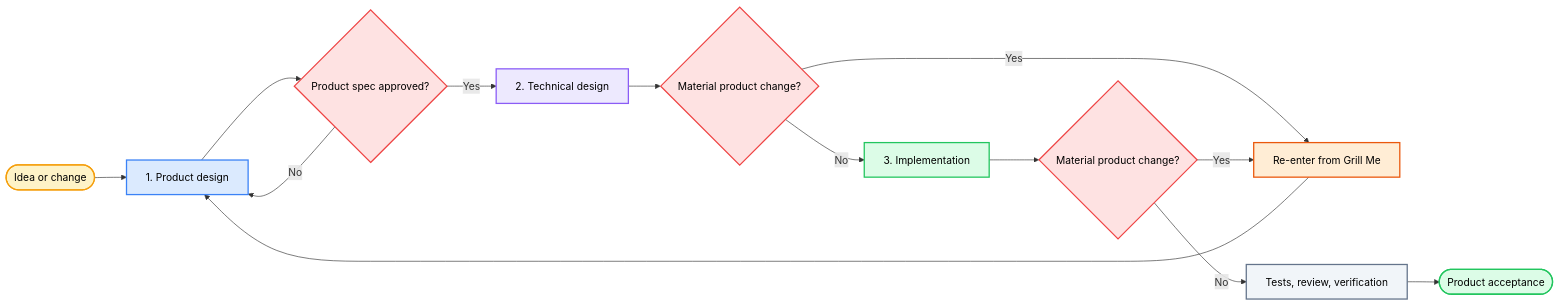
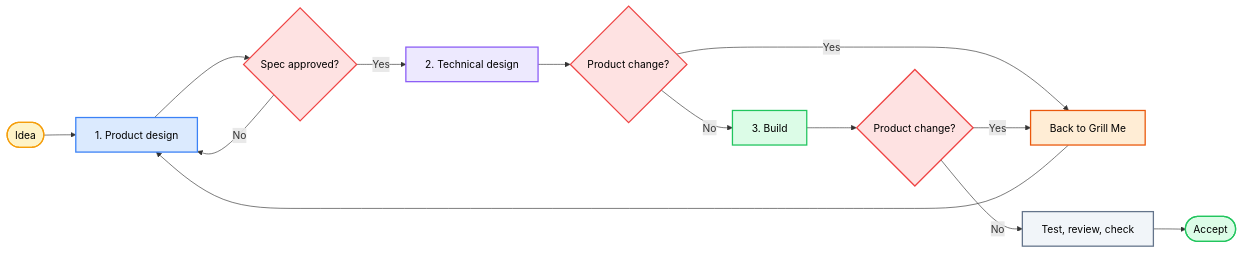
The diagram in README.md (okht/grill-powers), drawn with Mermaid before and after one commit. The commit also changed other lines of this file and 1 other file, not shown here.

````diff
--- a/README.md
+++ b/README.md
@@ -131,26 +72,26 @@
 ```mermaid
 flowchart LR
-    I(["Idea or change"]) --> P["1. Product design"]
-    P --> S{"Product spec approved?"}
+    I(["Idea"]) --> P["1. Product design"]
+    P --> S{"Spec approved?"}
     S -- "No" --> P
     S -- "Yes" --> T["2. Technical design"]
-    T --> C{"Material product change?"}
-    C -- "Yes" --> R["Re-enter from Grill Me"]
+    T --> C{"Product change?"}
+    C -- "Yes" --> R["Back to Grill Me"]
     R --> P
-    C -- "No" --> D["3. Implementation"]
-    D --> M{"Material product change?"}
+    C -- "No" --> D["3. Build"]
+    D --> M{"Product change?"}
     M -- "Yes" --> R
-    M -- "No" --> V["Tests, review, verification"]
-    V --> A(["Product acceptance"])
+    M -- "No" --> V["Test, review, check"]
+    V --> A(["Accept"])
 
     style I fill:#FEF3C7,stroke:#F59E0B,stroke-width:2px,color:#000
     style P fill:#DBEAFE,stroke:#3B82F6,stroke-width:2px,color:#000
     style S fill:#FEE2E2,stroke:#EF4444,stroke-width:2px,color:#000
     style T fill:#EDE9FE,stroke:#8B5CF6,stroke-width:2px,color:#000
     style C fill:#FEE2E2,stroke:#EF4444,stroke-width:2px,color:#000
     style R fill:#FFEDD5,stroke:#EA580C,stroke-width:2px,color:#000
     style D fill:#DCFCE7,stroke:#22C55E,stroke-width:2px,color:#000
     style M fill:#FEE2E2,stroke:#EF4444,stroke-width:2px,color:#000
     style V fill:#F1F5F9,stroke:#64748B,stroke-width:2px,color:#000
     style A fill:#DCFCE7,stroke:#22C55E,stroke-width:2px,color:#000
 ```
````
